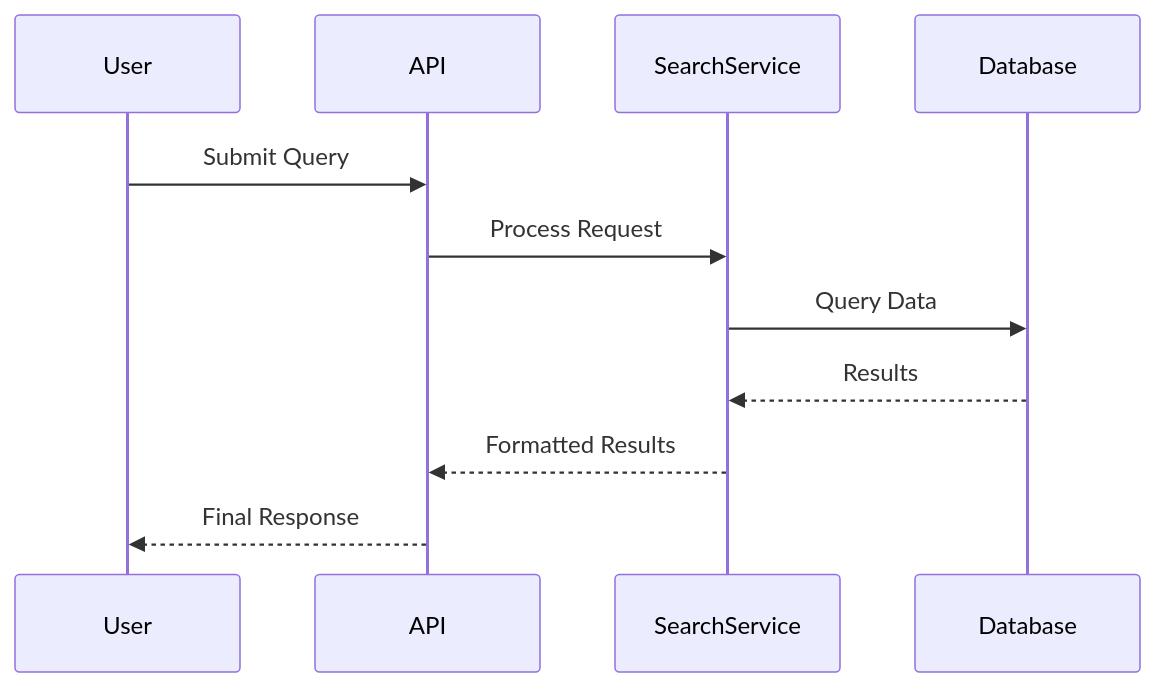
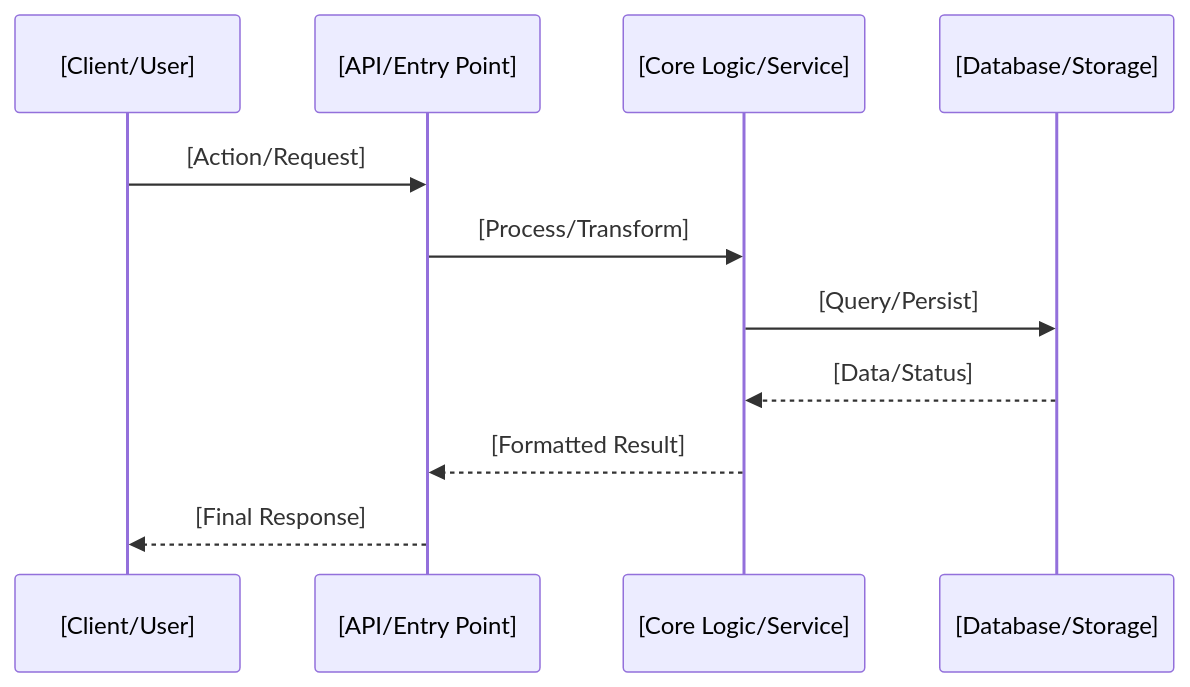
Before and after one commit to awun0105/Best-Readme-Template: the diagram in docs/EN/data-flow.md, drawn with Mermaid. The commit also changed other lines of this file and 7 other files, not shown here.

````diff
--- a/docs/EN/data-flow.md
+++ b/docs/EN/data-flow.md
@@ -19,13 +19,14 @@
 ```mermaid
 sequenceDiagram
-    participant User
-    participant API
-    participant SearchService
-    participant Database
-    User->>API: Submit Query
-    API->>SearchService: Process Request
-    SearchService->>Database: Query Data
-    Database-->>SearchService: Results
-    SearchService-->>API: Formatted Results
-    API-->>User: Final Response
+    participant Client as [Client/User]
+    participant Entry as [API/Entry Point]
+    participant Logic as [Core Logic/Service]
+    participant Data as [Database/Storage]
+    
+    Client->>Entry: [Action/Request]
+    Entry->>Logic: [Process/Transform]
+    Logic->>Data: [Query/Persist]
+    Data-->>Logic: [Data/Status]
+    Logic-->>Entry: [Formatted Result]
+    Entry-->>Client: [Final Response]
 ```
````
